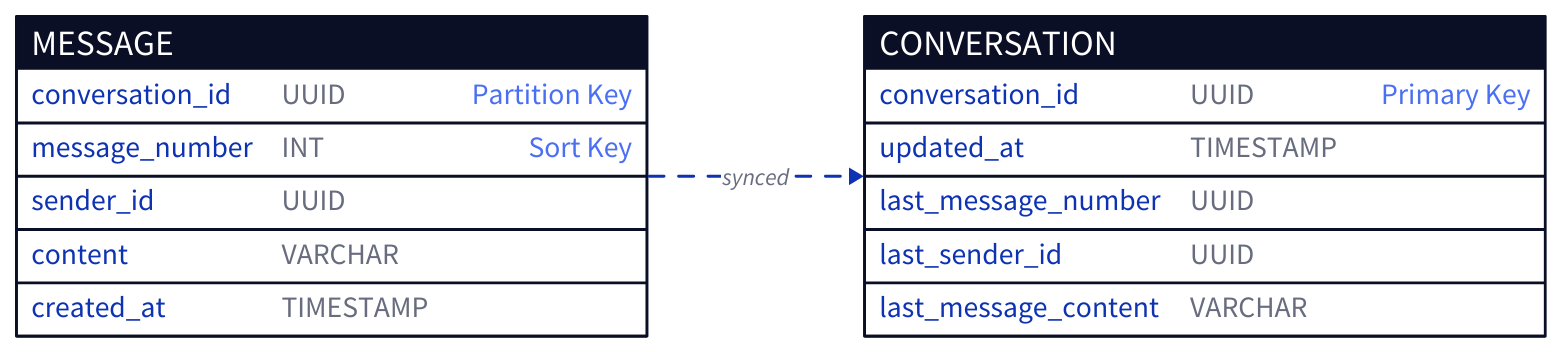
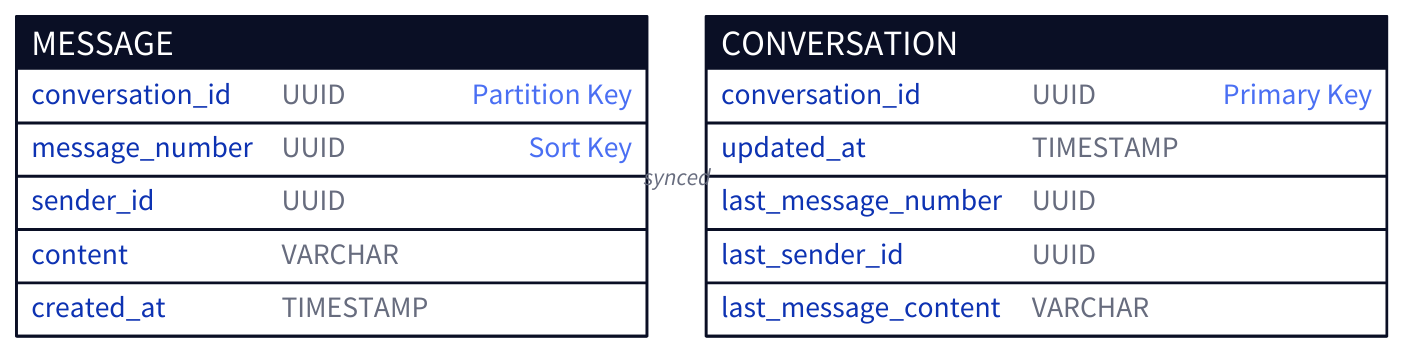
One commit to link1905/system-design-101 changed the sixth of 19 diagrams in content/practices/chat-system/_index.md. Above: the diagram before and after it, drawn with D2. The commit also changed other lines of this file and 42 other files, not shown here.

````diff
--- a/content/practices/chat-system/_index.md
+++ b/content/practices/chat-system/_index.md
@@ -209,22 +209,22 @@
 ```d2
-direction: right
+grid-rows: 1
 MESSAGE {
     shape: sql_table
     conversation_id: UUID {constraint: Partition Key}
-    message_number: INT {constraint: Sort Key}
+    message_number: UUID {constraint: Sort Key}
     sender_id: UUID
     content: VARCHAR
     created_at: TIMESTAMP
 }
 CONVERSATION {
     shape: sql_table
     conversation_id: UUID {constraint: Primary Key}
     updated_at: TIMESTAMP
     last_message_number: UUID
     last_sender_id: UUID
     last_message_content: VARCHAR
 }
 MESSAGE -> CONVERSATION: synced {
     style.animated: true
 }
 ```
````
